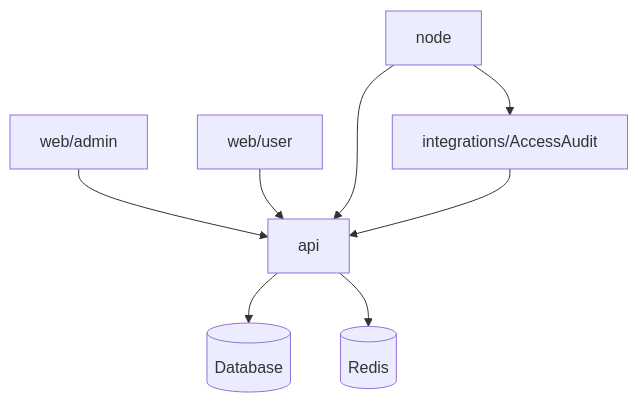
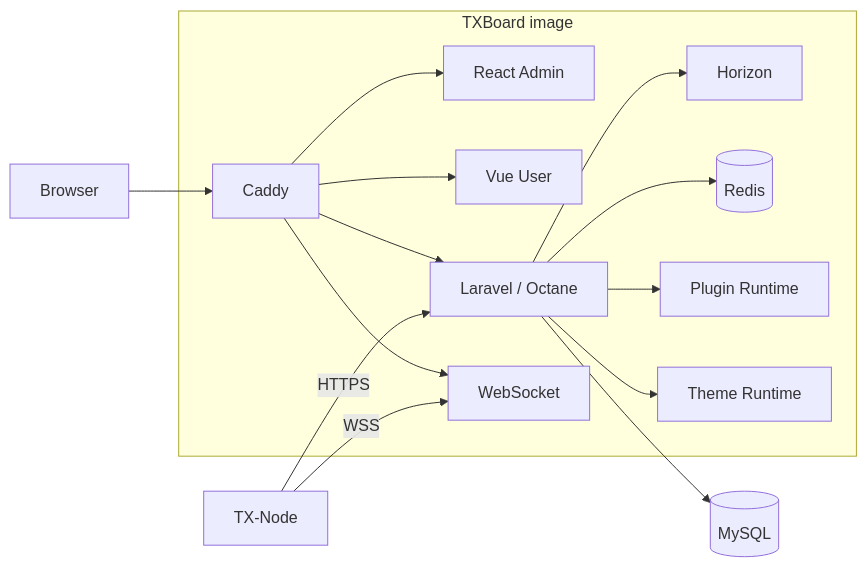
Before and after one commit to ANRCM0/TXBoard: the diagram in docs/architecture/README.md, drawn with Mermaid. The commit also changed other lines of this file and 9 other files, not shown here.

````diff
--- a/docs/architecture/README.md
+++ b/docs/architecture/README.md
@@ -5,10 +7,19 @@
 ```mermaid
-graph TD
-  Admin[web/admin] --> API[api]
-  User[web/user] --> API
-  Node[node] --> API
-  Node --> Audit[integrations/AccessAudit]
-  Audit --> API
-  API --> Database[(Database)]
-  API --> Redis[(Redis)]
+flowchart LR
+    Browser --> Caddy
+
+    subgraph Image["TXBoard image"]
+        Caddy --> Admin[React Admin]
+        Caddy --> User[Vue User]
+        Caddy --> API[Laravel / Octane]
+        Caddy --> WS[WebSocket]
+        API --> Horizon
+        API --> Redis[(Redis)]
+        API --> Plugin[Plugin Runtime]
+        API --> Theme[Theme Runtime]
+    end
+
+    API --> DB[(MySQL)]
+    Agent[TX-Node] -->|HTTPS| API
+    Agent -->|WSS| WS
 ```
````
